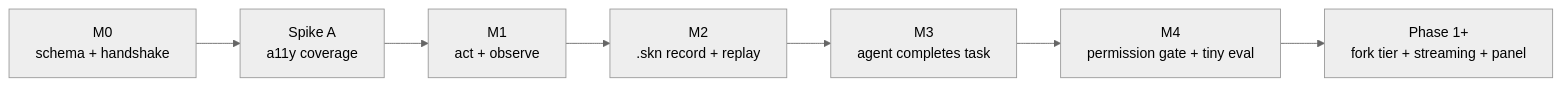
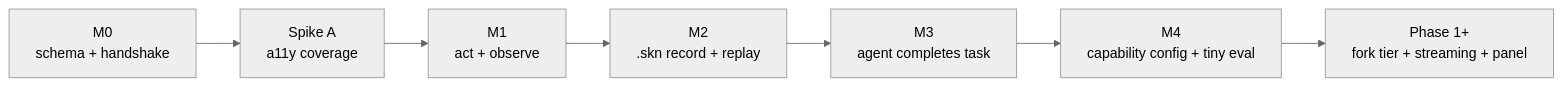
Before and after one commit to Meirtz/Shinken: the third of 3 diagrams in README.md, drawn with Mermaid (neutral theme). The commit also changed other lines of this file and 12 other files, not shown here.

````diff
--- a/README.md
+++ b/README.md
@@ -202,9 +205,9 @@
 ```mermaid
 flowchart LR
   M0["M0<br/>schema + handshake"] --> SA["Spike A<br/>a11y coverage"]
   SA --> M1["M1<br/>act + observe"]
   M1 --> M2["M2<br/>.skn record + replay"]
   M2 --> M3["M3<br/>agent completes task"]
-  M3 --> M4["M4<br/>permission gate + tiny eval"]
+  M3 --> M4["M4<br/>capability config + tiny eval"]
   M4 --> P1["Phase 1+<br/>fork tier + streaming + panel"]
 ```
````
